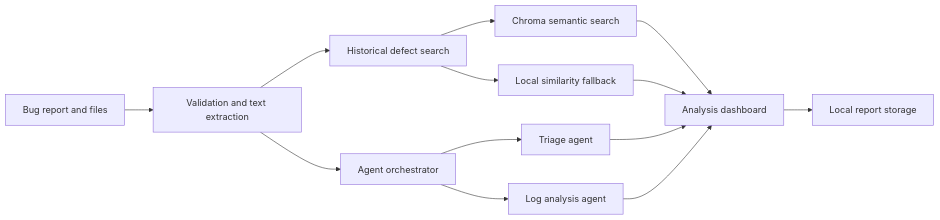
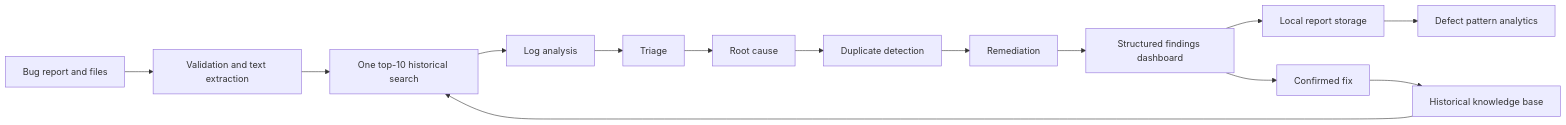
One commit to Ragav-K/AI-Smart-Bug-Analyzer-Fix-Advisor changed the diagram in README.md. Above: the diagram before and after it, drawn with Mermaid. The commit also changed other lines of this file and 13 other files, not shown here.

````diff
--- a/README.md
+++ b/README.md
@@ -38,15 +66,16 @@
 ```mermaid
 flowchart LR
     A["Bug report and files"] --> B["Validation and text extraction"]
-    B --> C["Historical defect search"]
-    B --> D["Agent orchestrator"]
-    C --> E["Chroma semantic search"]
-    C --> F["Local similarity fallback"]
-    D --> G["Triage agent"]
-    D --> H["Log analysis agent"]
-    E --> I["Analysis dashboard"]
-    F --> I
-    G --> I
-    H --> I
+    B --> C["One top-10 historical search"]
+    C --> D["Log analysis"]
+    D --> E["Triage"]
+    E --> F["Root cause"]
+    F --> G["Duplicate detection"]
+    G --> H["Remediation"]
+    H --> I["Structured findings dashboard"]
     I --> J["Local report storage"]
+    J --> K["Defect pattern analytics"]
+    I --> L["Confirmed fix"]
+    L --> M["Historical knowledge base"]
+    M --> C
 ```
````
